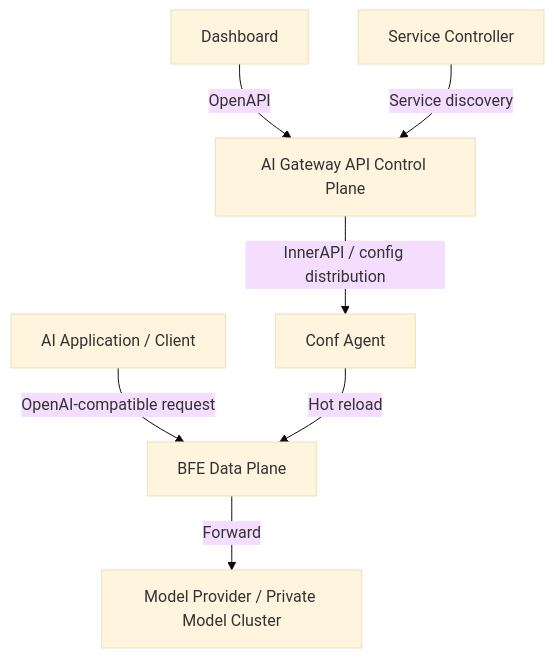
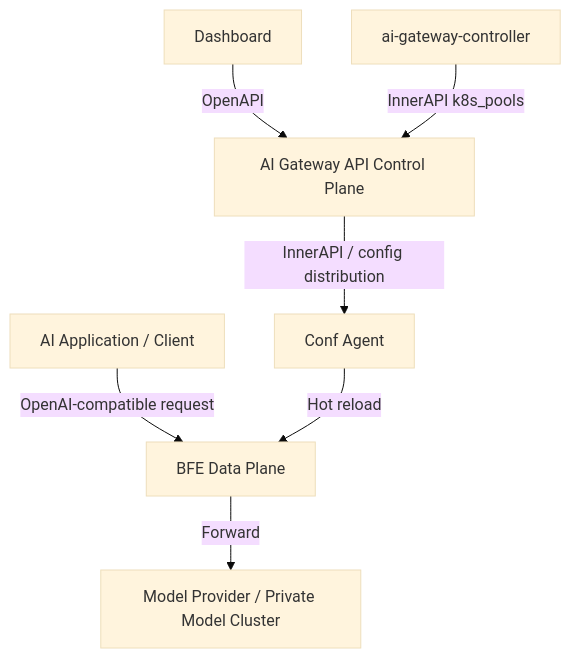
One commit to mileszhang2016/rainway-book changed the diagram in en_us/principle/chapter02-ai-gateway-overview.md. Above: the diagram before and after it, drawn with Mermaid (base theme). The commit also changed other lines of this file and 78 other files, not shown here.

Commit message:
docs: 全书对齐 v0.8.0 最新组件版本（Dashboard v0.0.11、新增 ai-gateway-controller v1.1.0；补充角色体系、批量任务、批量限流、EPP 运行时参数、K8s 池发现与错误契约等）（中英双语）

````diff
--- a/en_us/principle/chapter02-ai-gateway-overview.md
+++ b/en_us/principle/chapter02-ai-gateway-overview.md
@@ -134,9 +134,9 @@
 ```mermaid
 graph TD
     A[AI Application / Client] -->|OpenAI-compatible request| B[BFE Data Plane]
     B -->|Forward| C[Model Provider / Private Model Cluster]
     D[Dashboard] -->|OpenAPI| E[AI Gateway API Control Plane]
     E -->|InnerAPI / config distribution| F[Conf Agent]
     F -->|Hot reload| B
-    G[Service Controller] -->|Service discovery| E
+    G[ai-gateway-controller] -->|InnerAPI k8s_pools| E
 ```
````
